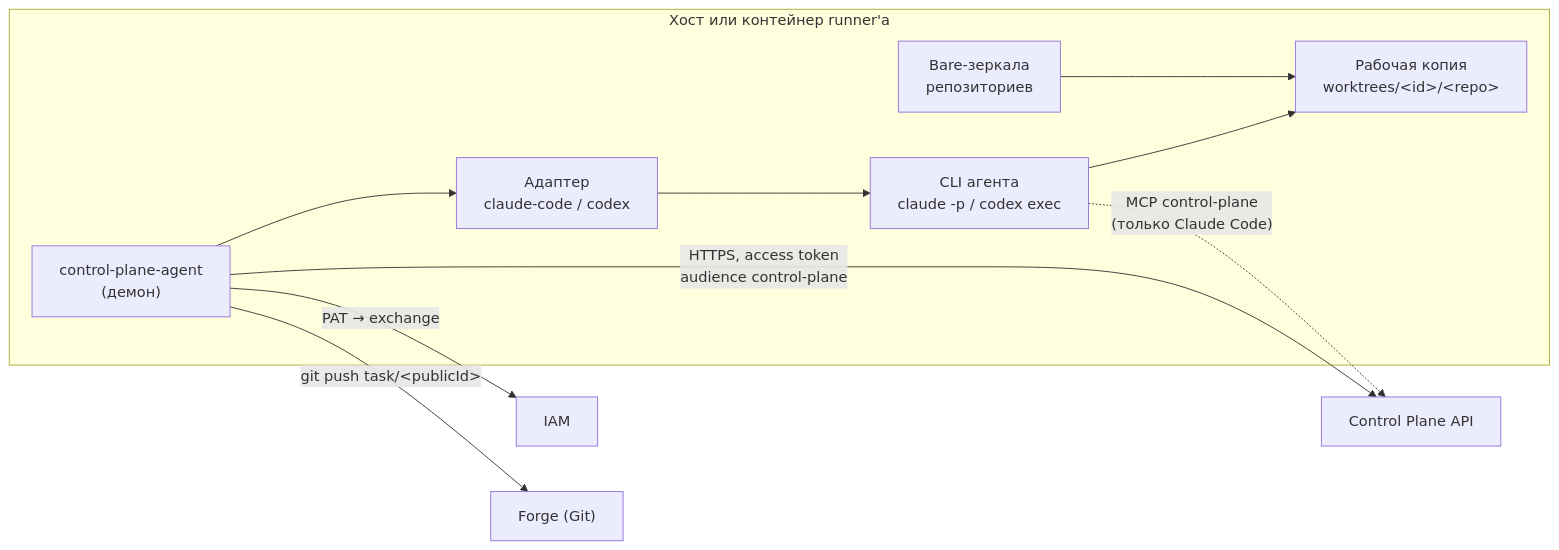
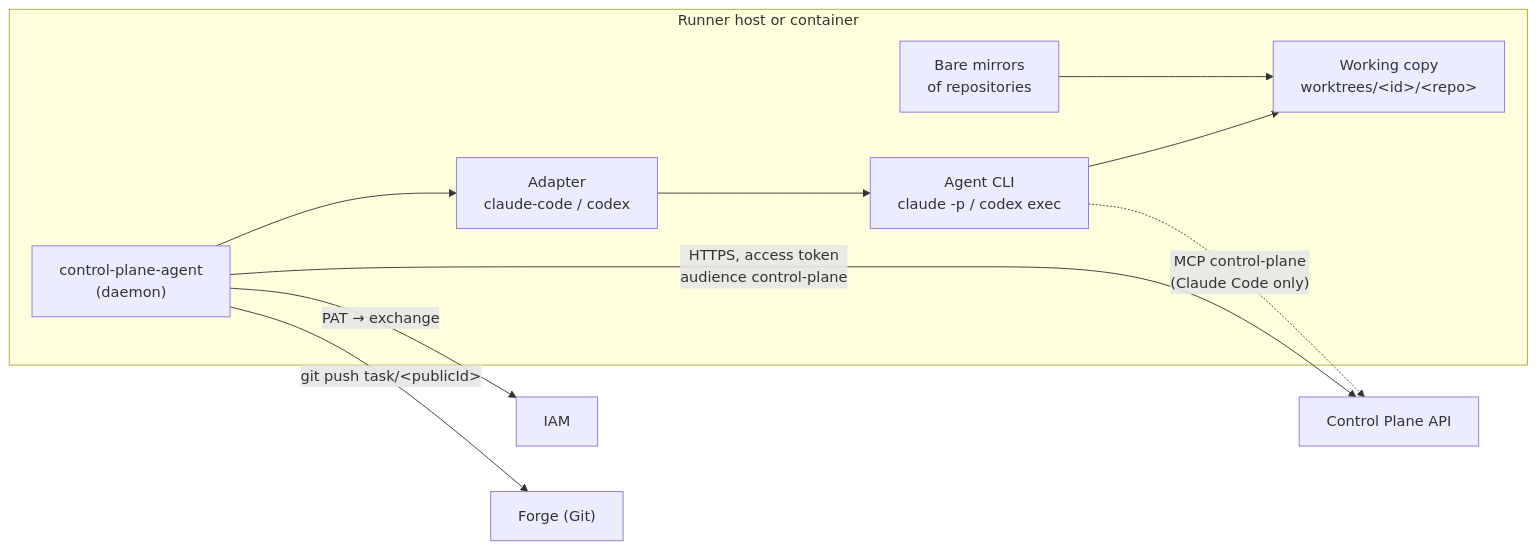
One commit to monthu56/taimen changed the second of 3 diagrams in guide/docs/runner/index.md. Above: the diagram before and after it, drawn with Mermaid. The commit also changed other lines of this file and 183 other files, not shown here.

````diff
--- a/guide/docs/runner/index.md
+++ b/guide/docs/runner/index.md
@@ -39,17 +41,17 @@
 ```mermaid
 flowchart LR
-    subgraph Host["Хост или контейнер runner'а"]
-        D["control-plane-agent<br/>(демон)"]
-        A["Адаптер<br/>claude-code / codex"]
-        CLI["CLI агента<br/>claude -p / codex exec"]
-        W["Рабочая копия<br/>worktrees/&lt;id&gt;/&lt;repo&gt;"]
-        M["Bare-зеркала<br/>репозиториев"]
+    subgraph Host["Runner host or container"]
+        D["control-plane-agent<br/>(daemon)"]
+        A["Adapter<br/>claude-code / codex"]
+        CLI["Agent CLI<br/>claude -p / codex exec"]
+        W["Working copy<br/>worktrees/&lt;id&gt;/&lt;repo&gt;"]
+        M["Bare mirrors<br/>of repositories"]
         D --> A --> CLI
         CLI --> W
         M --> W
     end
     D -- "HTTPS, access token<br/>audience control-plane" --> CP["Control Plane API"]
     D -- "PAT → exchange" --> IAM["IAM"]
     D -- "git push task/&lt;publicId&gt;" --> F["Forge (Git)"]
-    CLI -. "MCP control-plane<br/>(только Claude Code)" .-> CP
+    CLI -. "MCP control-plane<br/>(Claude Code only)" .-> CP
 ```
````
